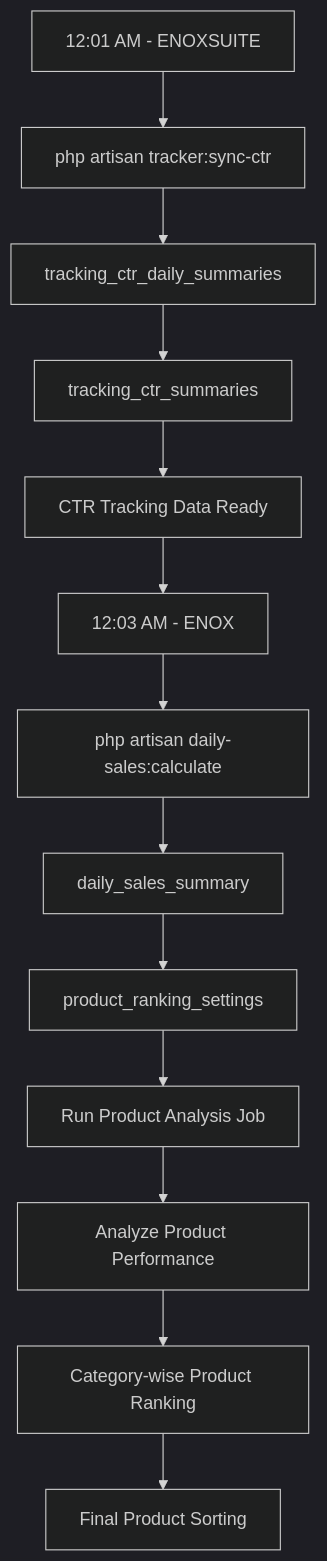
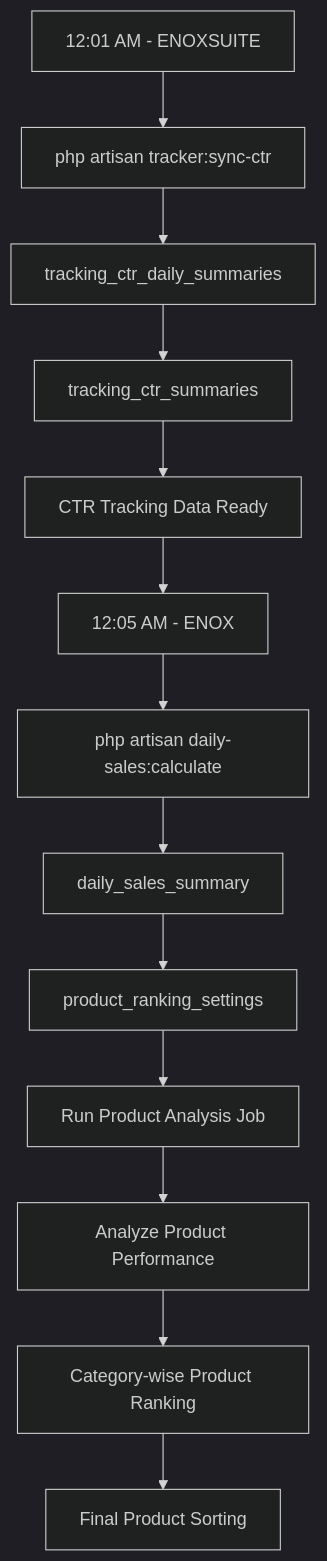
The diagram in documents/ctr-tracking.md (enorsia/enox_erp), drawn with Mermaid (dark theme) before and after one commit.

Commit message:
some update

````diff
--- a/documents/ctr-tracking.md
+++ b/documents/ctr-tracking.md
@@ -9,17 +9,17 @@
 ```mermaid
 flowchart TD
     A["12:01 AM - ENOXSUITE"] --> B["php artisan tracker:sync-ctr"]
     B --> C["tracking_ctr_daily_summaries"]
     C --> D["tracking_ctr_summaries"]
     D --> E["CTR Tracking Data Ready"]
 
-    E --> F["12:03 AM - ENOX"]
+    E --> F["12:05 AM - ENOX"]
     F --> G["php artisan daily-sales:calculate"]
     G --> H["daily_sales_summary"]
     H --> I["product_ranking_settings"]
 
     I --> J["Run Product Analysis Job"]
     J --> K["Analyze Product Performance"]
     K --> L["Category-wise Product Ranking"]
     L --> M["Final Product Sorting"]
 ```
````
